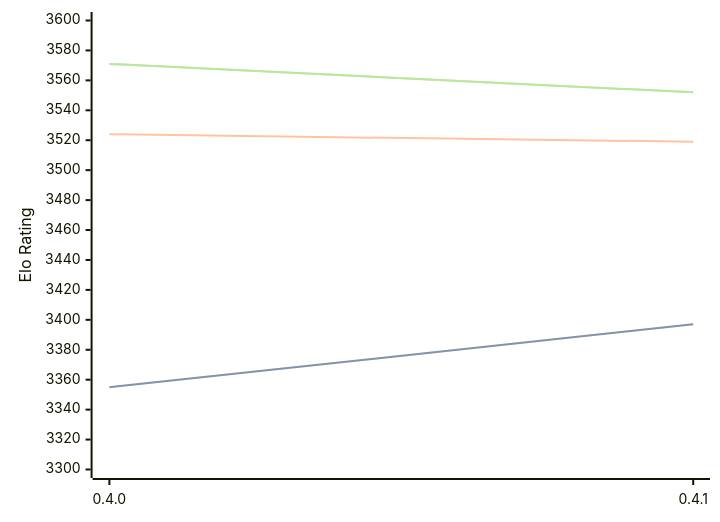
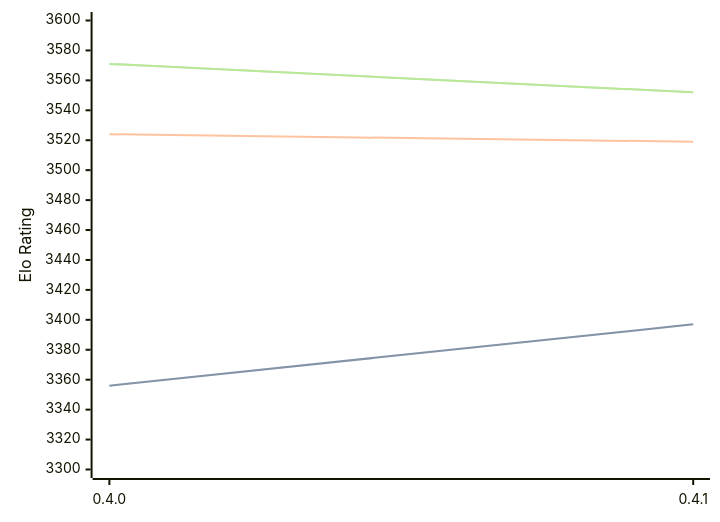
Before and after one commit to computer-chess-index/cci: the diagram in engines/Cinder.md, drawn with Mermaid. The commit also changed other lines of this file, not shown here.

````diff
--- a/engines/Cinder.md
+++ b/engines/Cinder.md
@@ -40,11 +40,11 @@
 ```mermaid
 %%{init: {"theme":"base","themeVariables":{"seriesColors:['#a3a3a3','#222221','#faa371']}}}%%
 xychart-beta
   x-axis ["0.4.0", "0.4.1"]
   y-axis "Elo Rating" 3300 --> 3600
-  line "STC (8.0+0.08s)" [3355, 3397]
-  line "STC (8.0+0.08s)" [3355, 3397]
+  line "STC (8.0+0.08s)" [3356, 3397]
+  line "STC (8.0+0.08s)" [3356, 3397]
   line "LTC (60.0+0.60s)" [3524, 3519]
   line "VLTC (2m24s+1.12s)" [3571, 3552]
   line "VLTC (2m24s+1.12s)" [3571, 3552]
 ```
````
